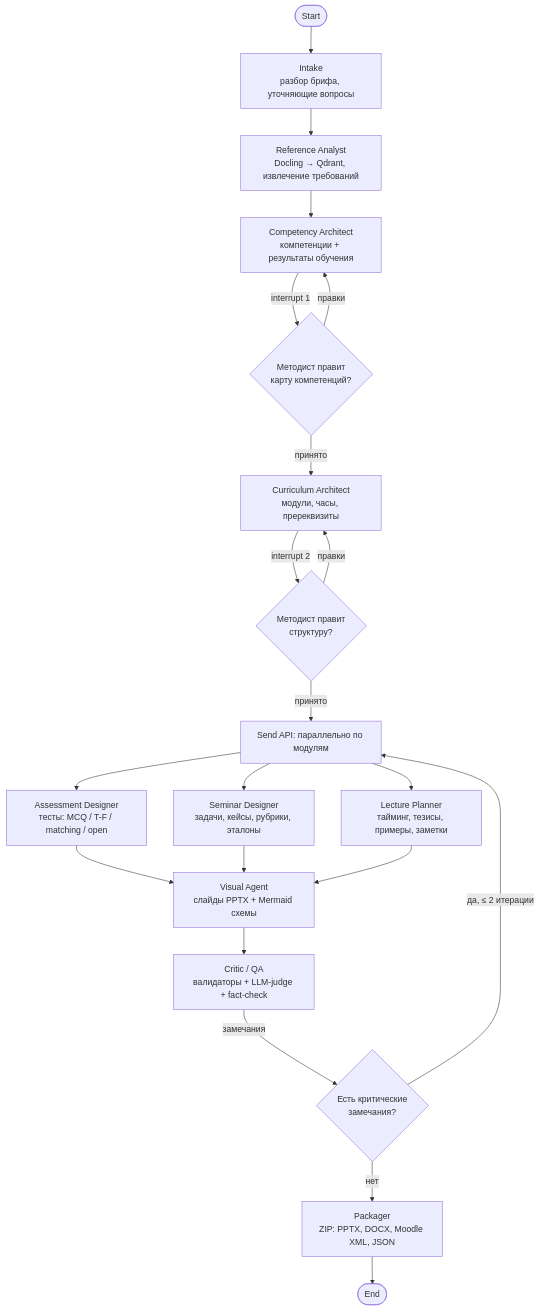
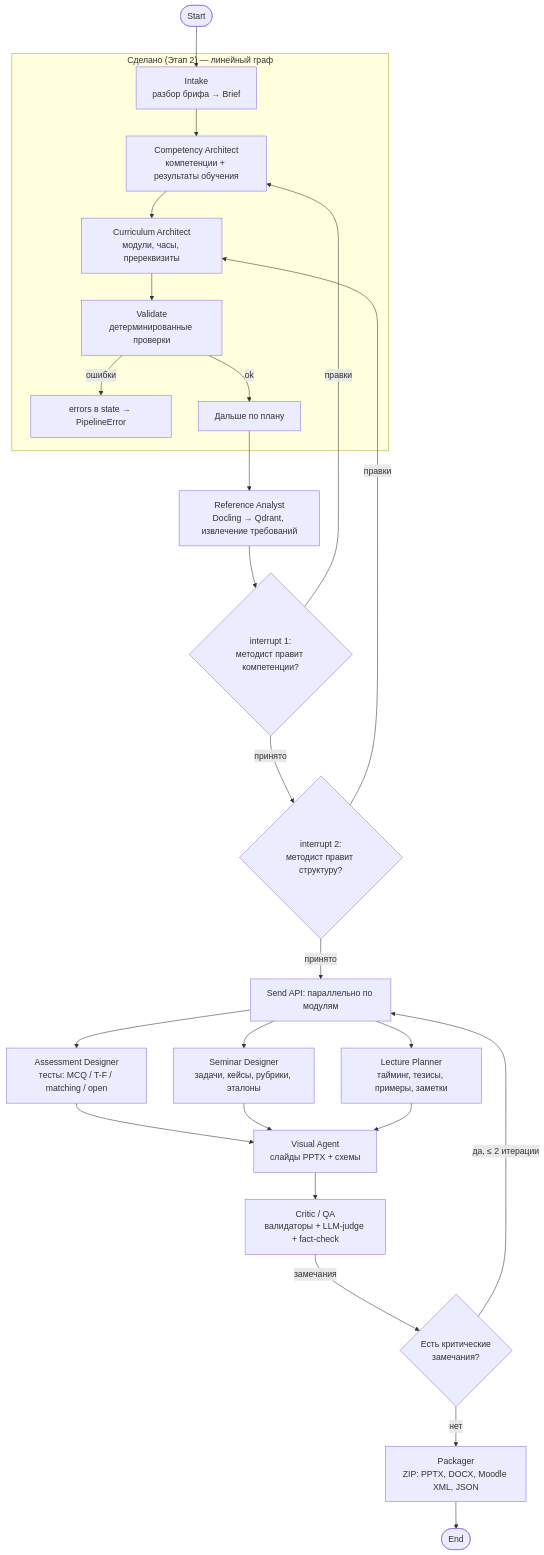
Before and after one commit to kostIT13/ai-agent-create-educational-programs: the diagram in diagrams/pipeline.mmd, drawn with Mermaid. The commit also changed 12 other files, not shown here.

Commit message:
update diagrams: add new pipeline, mcp, observability

```diff
--- a/diagrams/pipeline.mmd
+++ b/diagrams/pipeline.mmd
@@ -1,31 +1,37 @@
 %% ============================================================
 %% Диаграмма 2: Мультиагентный пайплайн (LangGraph)
-%% interrupt = human-in-the-loop чекпоинты
-%% Send API = параллельная генерация по модулям
+%% Сделано: intake → competency → curriculum → validate (линейный)
+%% План: + Reference Analyst, Send API, Critic-цикл, чекпоинты
 %% ============================================================
 flowchart TD
-    S([Start]) --> INT[Intake<br/>разбор брифа, уточняющие вопросы]
-    INT --> REF[Reference Analyst<br/>Docling → Qdrant, извлечение требований]
-    REF --> COMP[Competency Architect<br/>компетенции + результаты обучения]
+    S([Start]) --> INT[Intake<br/>разбор брифа → Brief]
 
-    COMP -->|interrupt 1| H1{Методист правит<br/>карту компетенций?}
+    subgraph DONE["Сделано (Этап 2) — линейный граф"]
+        INT --> COMP[Competency Architect<br/>компетенции + результаты обучения]
+        COMP --> CURR[Curriculum Architect<br/>модули, часы, пререквизиты]
+        CURR --> VAL[Validate<br/>детерминированные проверки]
+        VAL -->|ошибки| ERR[errors в state → PipelineError]
+        VAL -->|ok| NEXT
+    end
+
+    NEXT[Дальше по плану] --> REF[Reference Analyst<br/>Docling → Qdrant, извлечение требований]
+
+    REF --> H1{interrupt 1:<br/>методист правит компетенции?}
     H1 -->|правки| COMP
-    H1 -->|принято| CURR[Curriculum Architect<br/>модули, часы, пререквизиты]
-
-    CURR -->|interrupt 2| H2{Методист правит<br/>структуру?}
+    H1 -->|принято| H2{interrupt 2:<br/>методист правит структуру?}
     H2 -->|правки| CURR
     H2 -->|принято| SP[Send API: параллельно по модулям]
 
     SP --> AS[Assessment Designer<br/>тесты: MCQ / T-F / matching / open]
     SP --> SM[Seminar Designer<br/>задачи, кейсы, рубрики, эталоны]
     SP --> LC[Lecture Planner<br/>тайминг, тезисы, примеры, заметки]
 
-    AS --> VIS[Visual Agent<br/>слайды PPTX + Mermaid схемы]
+    AS --> VIS[Visual Agent<br/>слайды PPTX + схемы]
     SM --> VIS
     LC --> VIS
 
     VIS --> CR[Critic / QA<br/>валидаторы + LLM-judge + fact-check]
     CR -->|замечания| DEC{Есть критические<br/>замечания?}
     DEC -->|да, ≤ 2 итерации| SP
     DEC -->|нет| PKG[Packager<br/>ZIP: PPTX, DOCX, Moodle XML, JSON]
     PKG --> E([End])
```
